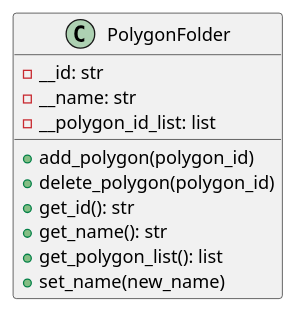
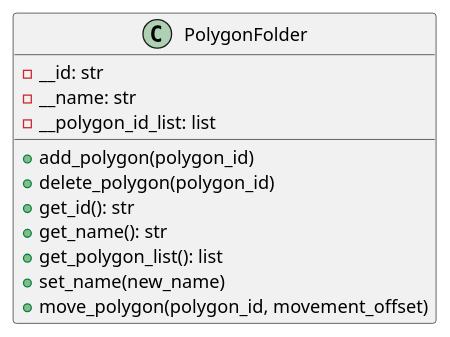
One commit to ferpoble2/Relief_Creator changed the diagram in docs/classes/PolygonFolder.puml. Above: the diagram before and after it, drawn with PlantUML. The commit also changed 1 other file, not shown here.

Commit message:
Added move_polygon method to the PolygonFolder class

```diff
--- a/docs/classes/PolygonFolder.puml
+++ b/docs/classes/PolygonFolder.puml
@@ -1,14 +1,15 @@
 @startuml
 class PolygonFolder {
     - __id: str
     - __name: str
     - __polygon_id_list: list
 
     + add_polygon(polygon_id)
     + delete_polygon(polygon_id)
     + get_id(): str
     + get_name(): str
     + get_polygon_list(): list
     + set_name(new_name)
+    + move_polygon(polygon_id, movement_offset)
 }
 @enduml
```
